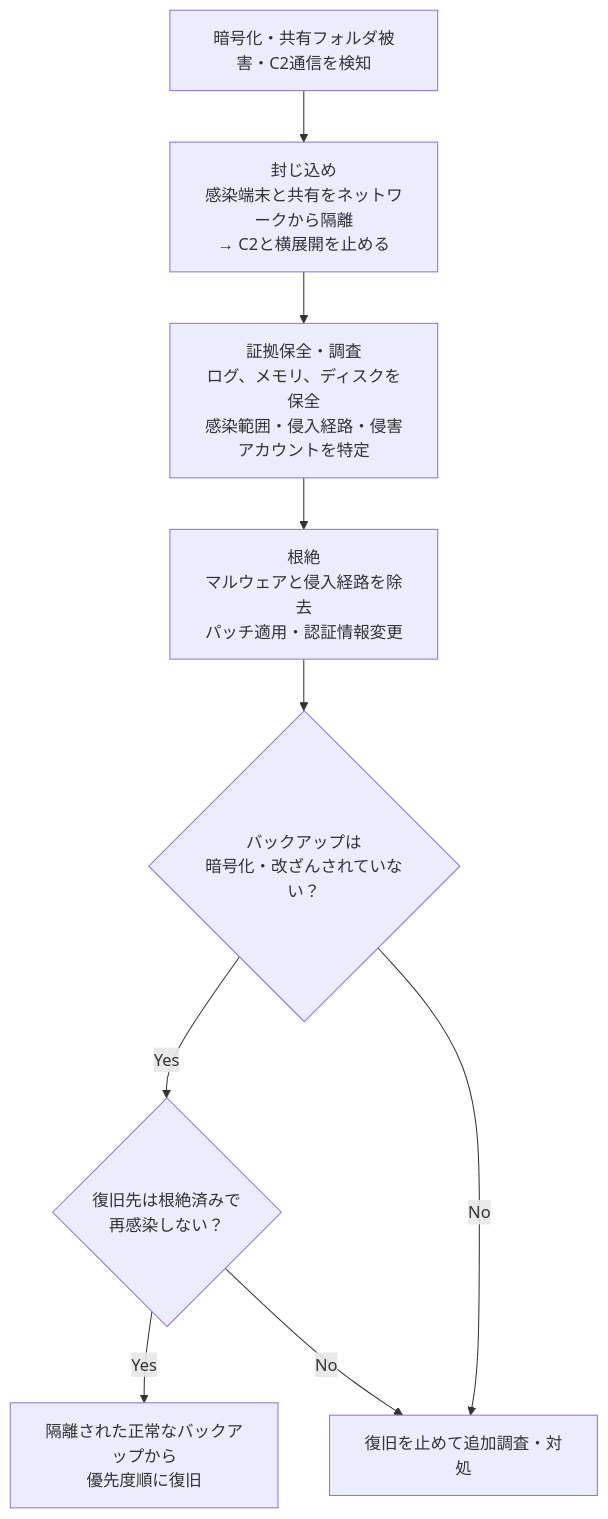
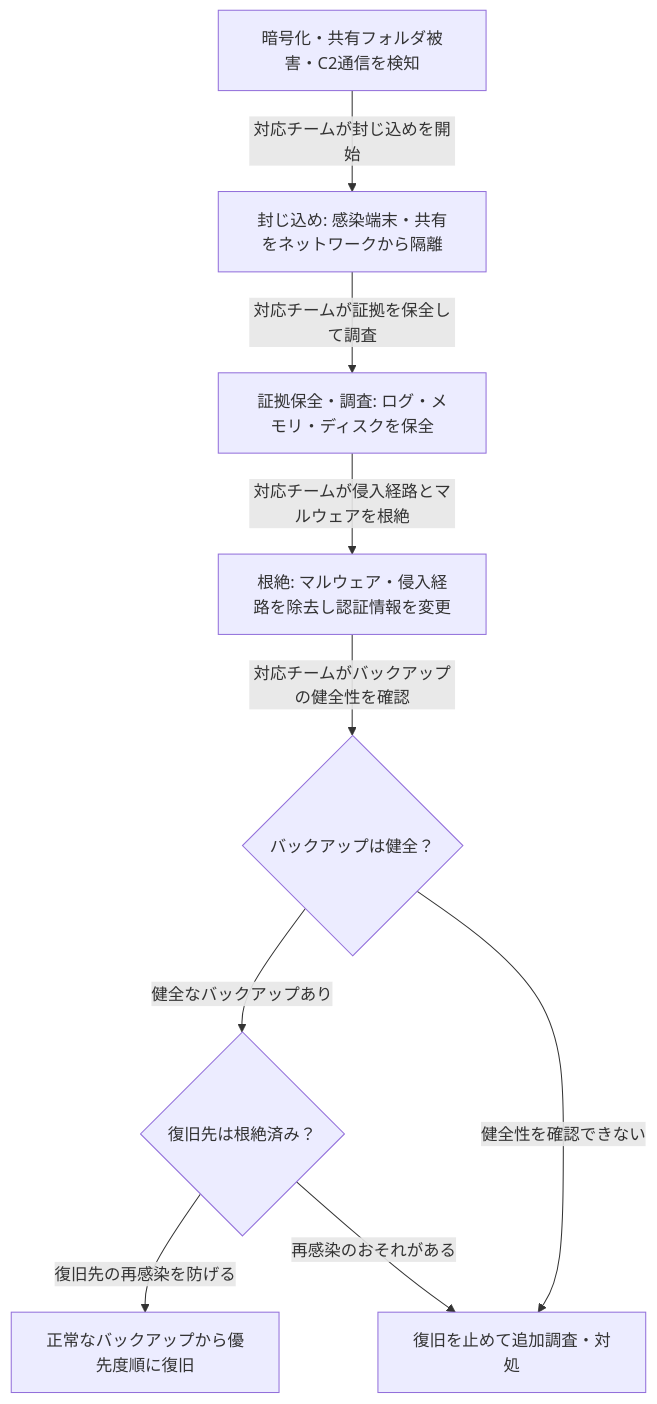
The diagram in 復習用/ランサムウェア初動から復旧.md (ShuntaSakai/security-specialist-study), drawn with Mermaid before and after one commit. The commit also changed 9 other files, not shown here.

Commit message:
docs: 復習図の主体と操作を明確化

````diff
--- a/復習用/ランサムウェア初動から復旧.md
+++ b/復習用/ランサムウェア初動から復旧.md
@@ -3,17 +3,20 @@
 ```mermaid
 flowchart TB
     DETECT["暗号化・共有フォルダ被害・C2通信を検知"]
-    CONTAIN["封じ込め<br/>感染端末と共有をネットワークから隔離<br/>→ C2と横展開を止める"]
-    PRESERVE["証拠保全・調査<br/>ログ、メモリ、ディスクを保全<br/>感染範囲・侵入経路・侵害アカウントを特定"]
-    ERADICATE["根絶<br/>マルウェアと侵入経路を除去<br/>パッチ適用・認証情報変更"]
-    CHECK1{"バックアップは<br/>暗号化・改ざんされていない？"}
-    CHECK2{"復旧先は根絶済みで<br/>再感染しない？"}
-    RESTORE["隔離された正常なバックアップから<br/>優先度順に復旧"]
+    CONTAIN["封じ込め: 感染端末・共有をネットワークから隔離"]
+    PRESERVE["証拠保全・調査: ログ・メモリ・ディスクを保全"]
+    ERADICATE["根絶: マルウェア・侵入経路を除去し認証情報を変更"]
+    CHECK1{"バックアップは健全？"}
+    CHECK2{"復旧先は根絶済み？"}
+    RESTORE["正常なバックアップから優先度順に復旧"]
     STOP["復旧を止めて追加調査・対処"]
 
-    DETECT --> CONTAIN --> PRESERVE --> ERADICATE --> CHECK1
-    CHECK1 -->|"Yes"| CHECK2
-    CHECK1 -->|"No"| STOP
-    CHECK2 -->|"Yes"| RESTORE
-    CHECK2 -->|"No"| STOP
+    DETECT -->|"対応チームが封じ込めを開始"| CONTAIN
+    CONTAIN -->|"対応チームが証拠を保全して調査"| PRESERVE
+    PRESERVE -->|"対応チームが侵入経路とマルウェアを根絶"| ERADICATE
+    ERADICATE -->|"対応チームがバックアップの健全性を確認"| CHECK1
+    CHECK1 -->|"健全なバックアップあり"| CHECK2
+    CHECK1 -->|"健全性を確認できない"| STOP
+    CHECK2 -->|"復旧先の再感染を防げる"| RESTORE
+    CHECK2 -->|"再感染のおそれがある"| STOP
 ```
````
